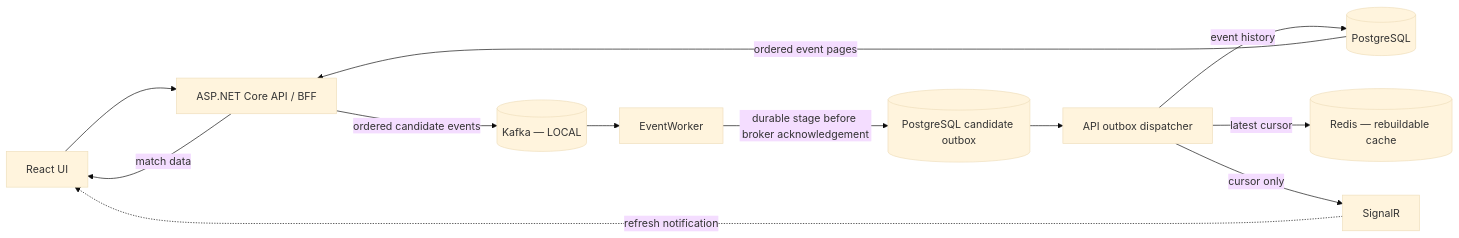
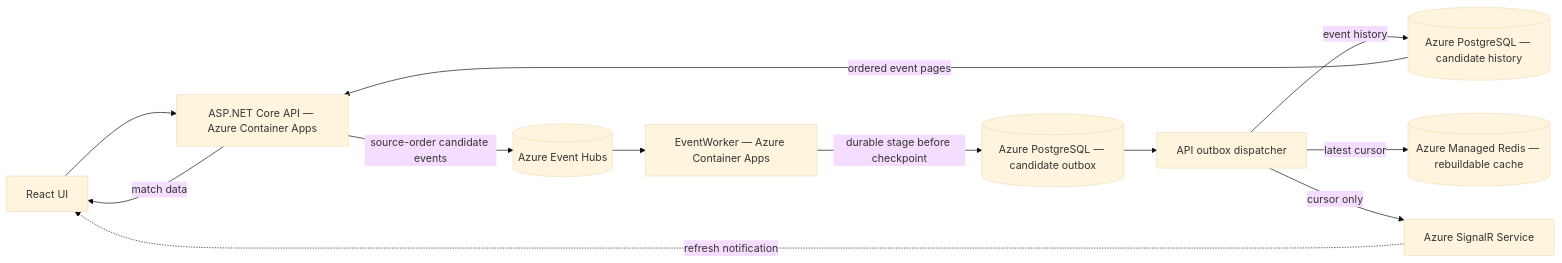
One commit to prateekgangopadhyay/PitchMind changed the second of 4 diagrams in README.md. Above: the diagram before and after it, drawn with Mermaid (base theme). The commit also changed other lines of this file and 12 other files, not shown here.

````diff
--- a/README.md
+++ b/README.md
@@ -21,14 +30,14 @@
 ```mermaid
 flowchart LR
-  Browser["React UI"] --> API["ASP.NET Core API / BFF"]
-  API -->|"ordered candidate events"| Kafka[("Kafka — LOCAL")]
-  Kafka --> Worker["EventWorker"]
-  Worker -->|"durable stage before broker acknowledgement"| Outbox[("PostgreSQL candidate outbox")]
+  Browser["React UI"] --> API["ASP.NET Core API — Azure Container Apps"]
+  API -->|"source-order candidate events"| EH[("Azure Event Hubs")]
+  EH --> Worker["EventWorker — Azure Container Apps"]
+  Worker -->|"durable stage before checkpoint"| Outbox[("Azure PostgreSQL — candidate outbox")]
   Outbox --> Dispatch["API outbox dispatcher"]
-  Dispatch -->|"event history"| PostgreSQL[("PostgreSQL")]
-  Dispatch -->|"latest cursor"| Redis[("Redis — rebuildable cache")]
-  Dispatch -->|"cursor only"| SignalR["SignalR"]
+  Dispatch -->|"event history"| PostgreSQL[("Azure PostgreSQL — candidate history")]
+  Dispatch -->|"latest cursor"| Redis[("Azure Managed Redis — rebuildable cache")]
+  Dispatch -->|"cursor only"| SignalR["Azure SignalR Service"]
   SignalR -. "refresh notification" .-> Browser
   PostgreSQL -->|"ordered event pages"| API
   API -->|"match data"| Browser
 ```
````
